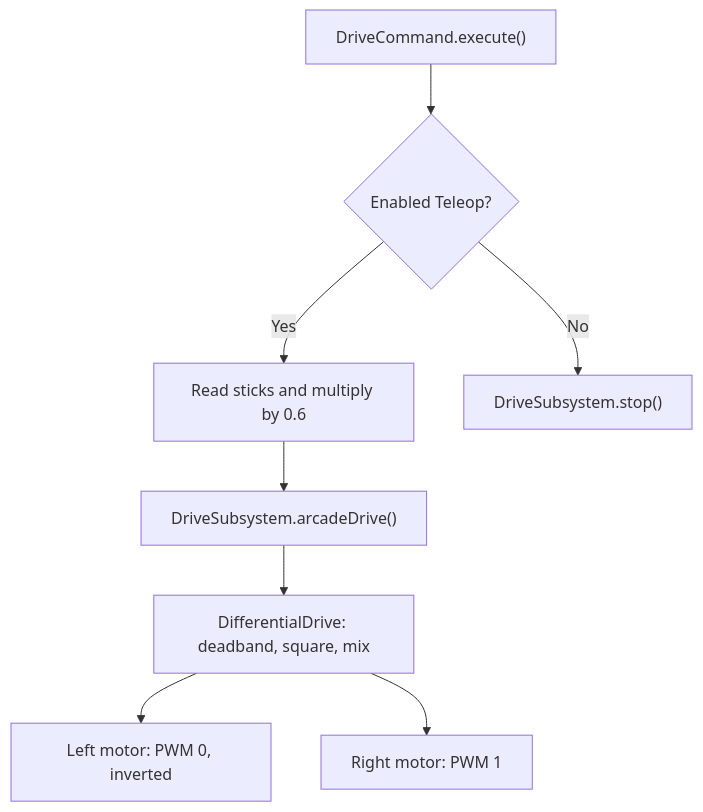
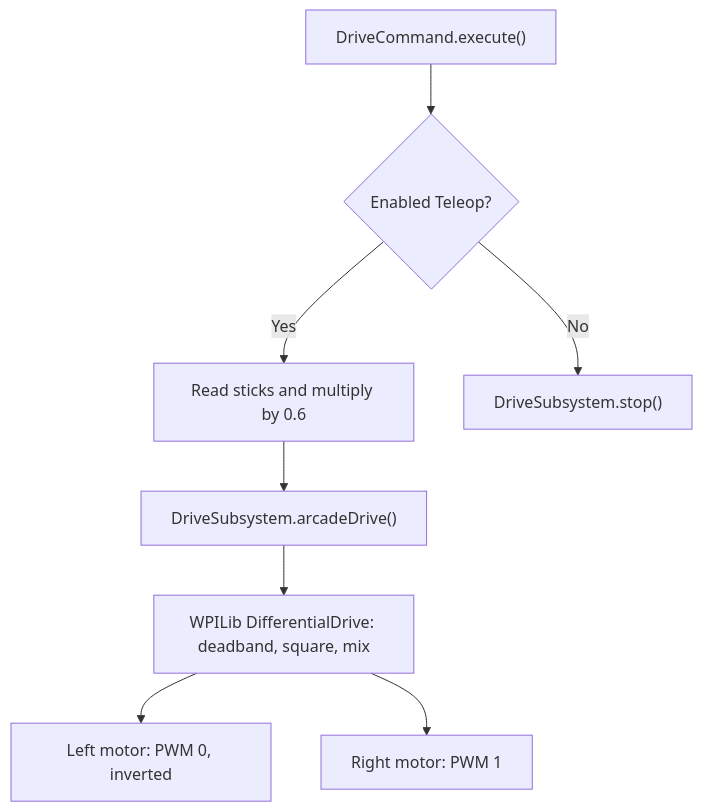
The second of 2 diagrams in README.md (longjw01/Shaqbot), drawn with Mermaid before and after one commit. The commit also changed other lines of this file, not shown here.

Commit message:
Clarify WPILib drive processing and remove conversion status

````diff
--- a/README.md
+++ b/README.md
@@ -58,10 +58,10 @@
 ```mermaid
 flowchart TD
     Execute["DriveCommand.execute()"] --> Mode{"Enabled Teleop?"}
     Mode -->|Yes| Read["Read sticks and multiply by 0.6"]
     Read --> Arcade["DriveSubsystem.arcadeDrive()"]
-    Arcade --> Helper["DifferentialDrive: deadband, square, mix"]
+    Arcade --> Helper["WPILib DifferentialDrive: deadband, square, mix"]
     Helper --> Left["Left motor: PWM 0, inverted"]
     Helper --> Right["Right motor: PWM 1"]
     Mode -->|No| Stop["DriveSubsystem.stop()"]
 ```
````
